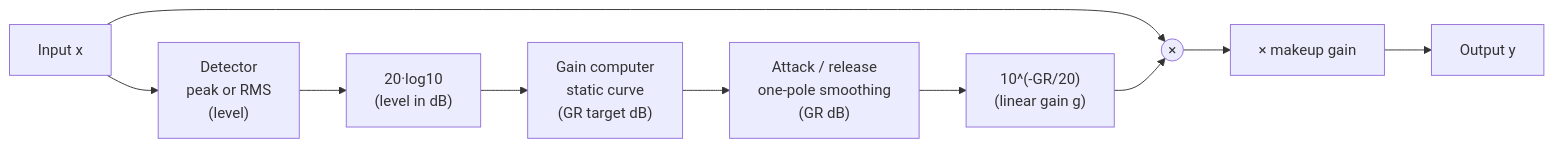
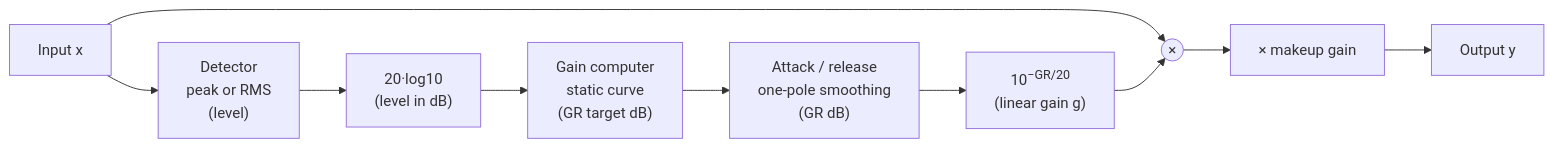
Before and after one commit to TomHsieh300/DAW-for-fun: the diagram in lessons/04-compressor/README.md, drawn with Mermaid. The commit also changed 19 other files, not shown here.

First line of the commit message:
lessons: typeset subscripts and superscripts in Mermaid labels

````diff
--- a/lessons/04-compressor/README.md
+++ b/lessons/04-compressor/README.md
@@ -38,11 +38,11 @@
 ```mermaid
 flowchart LR
     X["Input x"] --> D["Detector<br/>peak or RMS<br/>(level)"]
     D --> L["20·log10<br/>(level in dB)"]
     L --> G["Gain computer<br/>static curve<br/>(GR target dB)"]
     G --> S["Attack / release<br/>one-pole smoothing<br/>(GR dB)"]
-    S --> E["10^(-GR/20)<br/>(linear gain g)"]
+    S --> E["10<sup>−GR/20</sup><br/>(linear gain g)"]
     X --> M(("×"))
     E --> M
     M --> K["× makeup gain"] --> Y["Output y"]
 ```
````
